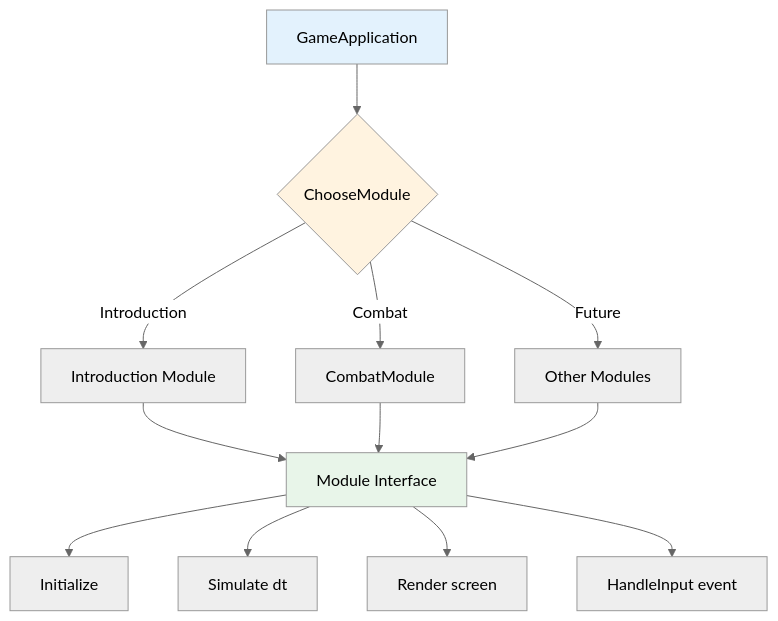
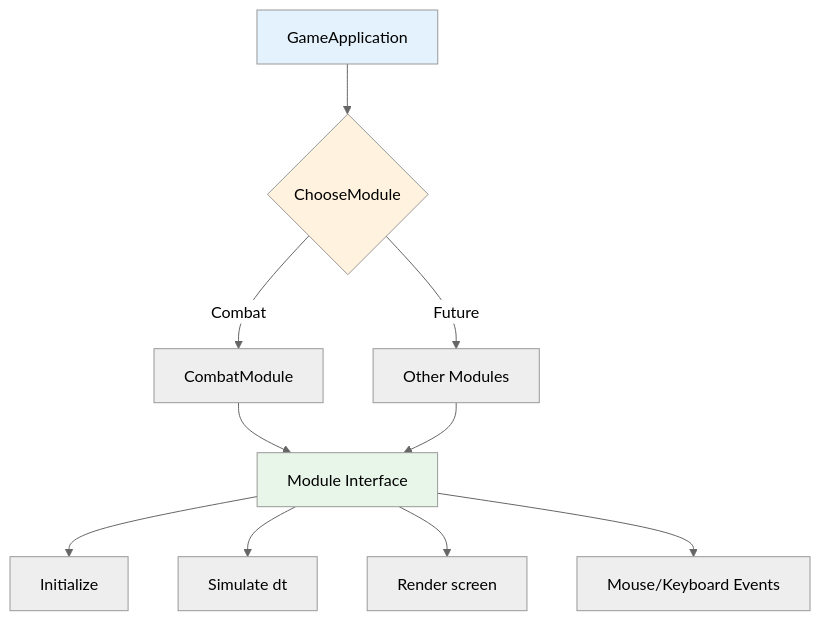
One commit to jukofyork/OpenCombat-SDL changed the third of 12 diagrams in docs/chapters/01-overview.md. Above: the diagram before and after it, drawn with Mermaid (neutral theme). The commit also changed other lines of this file and 11 other files, not shown here.

````diff
--- a/docs/chapters/01-overview.md
+++ b/docs/chapters/01-overview.md
@@ -176,20 +179,18 @@
 ```mermaid
 flowchart TD
     A[GameApplication] --> B{ChooseModule}
-    B -->|Introduction| C[Introduction Module]
-    B -->|Combat| D[CombatModule]
-    B -->|Future| E[Other Modules]
+    B -->|Combat| C[CombatModule]
+    B -->|Future| D[Other Modules]
     
-    C --> F[Module Interface]
-    D --> F
-    E --> F
+    C --> E[Module Interface]
+    D --> E
     
-    F --> G[Initialize]
-    F --> H[Simulate dt]
-    F --> I[Render screen]
-    F --> J[HandleInput event]
+    E --> F[Initialize]
+    E --> G[Simulate dt]
+    E --> H[Render screen]
+    E --> I[Mouse/Keyboard Events]
     
     style A fill:#e3f2fd
     style B fill:#fff3e0
-    style F fill:#e8f5e9
+    style E fill:#e8f5e9
 ```
````
